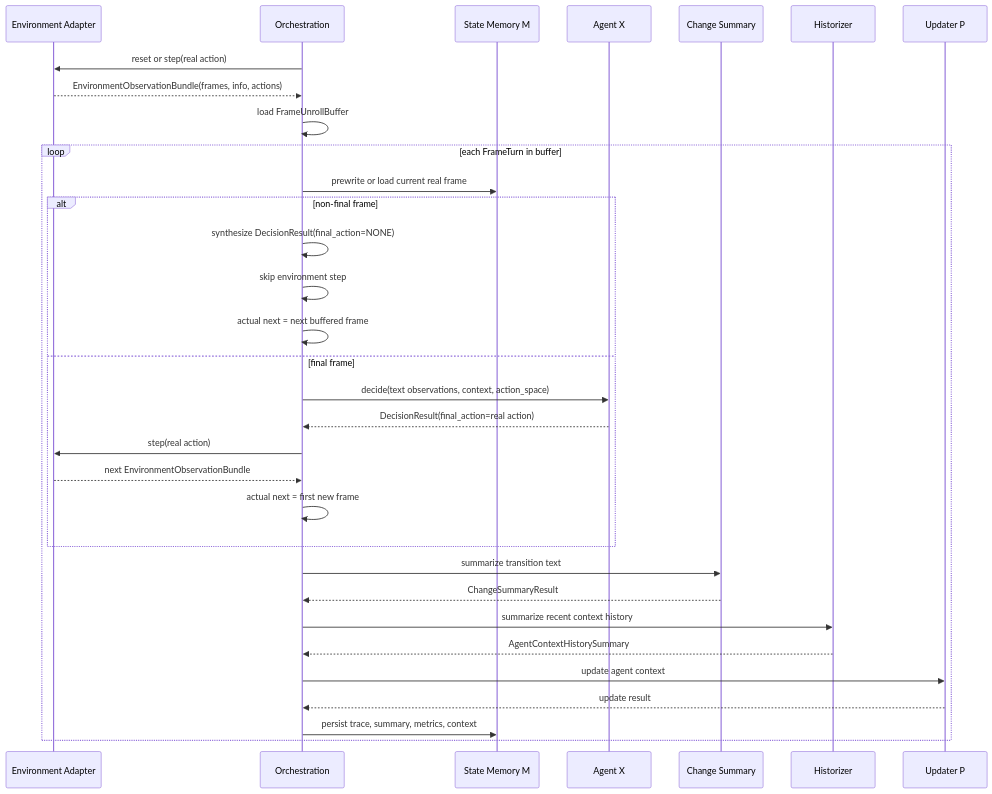
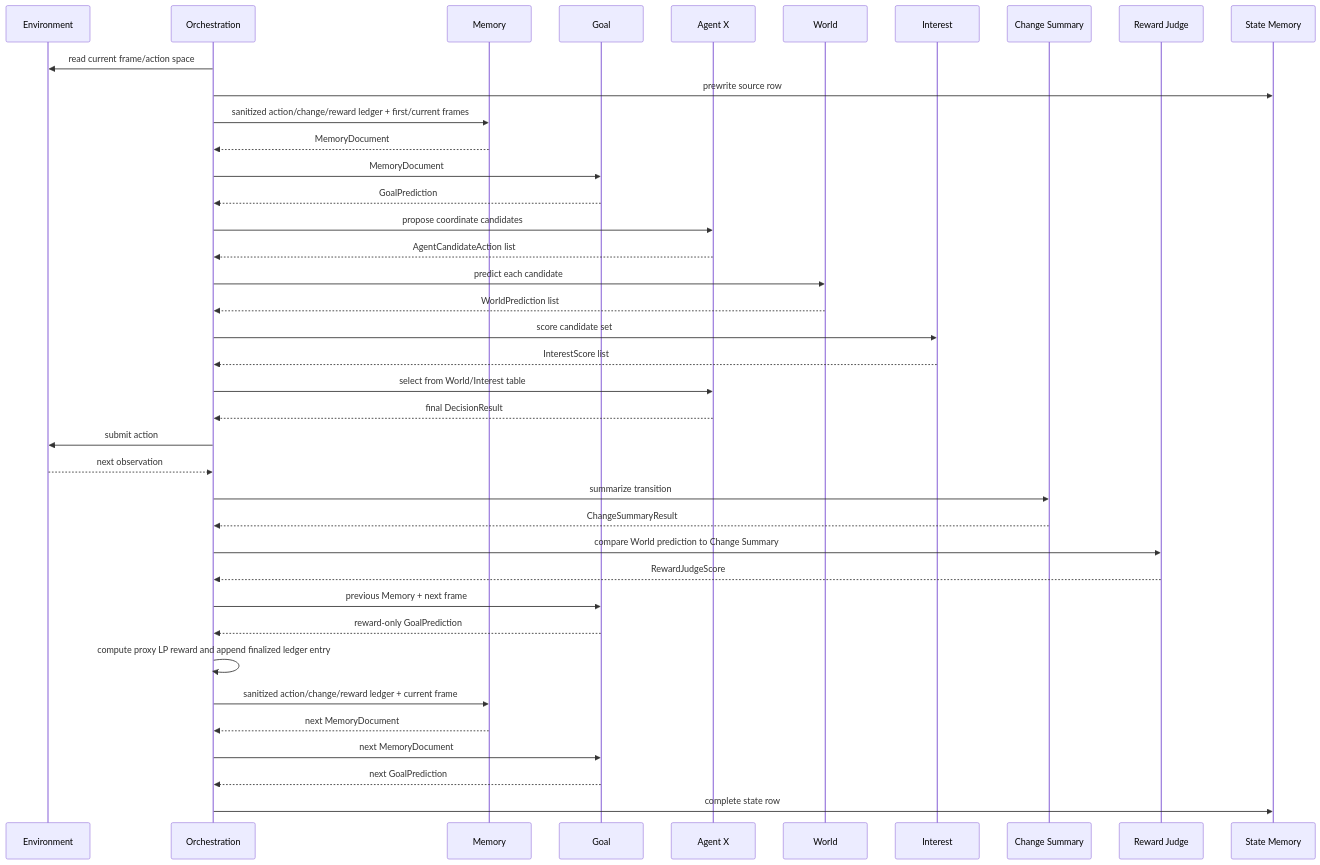
One commit to cocomette/artificial-agency changed the diagram in doc/architecture/software/orchestration/game_loop/diagrams.md. Above: the diagram before and after it, drawn with Mermaid. The commit also changed other lines of this file and 257 other files, not shown here.

Commit message:
Port origin/feat/world-goal-agent-nolora snapshot

````diff
--- a/doc/architecture/software/orchestration/game_loop/diagrams.md
+++ b/doc/architecture/software/orchestration/game_loop/diagrams.md
@@ -34,38 +3,42 @@
 ```mermaid
 sequenceDiagram
-    participant Env as Environment Adapter
+    participant Env as Environment
     participant Orch as Orchestration
-    participant M as State Memory M
+    participant MemRole as Memory
+    participant G as Goal
     participant X as Agent X
+    participant W as World
+    participant I as Interest
     participant C as Change Summary
-    participant H as Historizer
-    participant P as Updater P
+    participant J as Reward Judge
+    participant M as State Memory
 
-    Orch->>Env: reset or step(real action)
-    Env-->>Orch: EnvironmentObservationBundle(frames, info, actions)
-    Orch->>Orch: load FrameUnrollBuffer
-
-    loop each FrameTurn in buffer
-        Orch->>M: prewrite or load current real frame
-
-        alt non-final frame
-            Orch->>Orch: synthesize DecisionResult(final_action=NONE)
-            Orch->>Orch: skip environment step
-            Orch->>Orch: actual next = next buffered frame
-        else final frame
-            Orch->>X: decide(text observations, context, action_space)
-            X-->>Orch: DecisionResult(final_action=real action)
-            Orch->>Env: step(real action)
-            Env-->>Orch: next EnvironmentObservationBundle
-            Orch->>Orch: actual next = first new frame
-        end
-
-        Orch->>C: summarize transition text
-        C-->>Orch: ChangeSummaryResult
-        Orch->>H: summarize recent context history
-        H-->>Orch: AgentContextHistorySummary
-        Orch->>P: update agent context
-        P-->>Orch: update result
-        Orch->>M: persist trace, summary, metrics, context
-    end
+    Orch->>Env: read current frame/action space
+    Orch->>M: prewrite source row
+    Orch->>MemRole: sanitized action/change/reward ledger + first/current frames
+    MemRole-->>Orch: MemoryDocument
+    Orch->>G: MemoryDocument
+    G-->>Orch: GoalPrediction
+    Orch->>X: propose coordinate candidates
+    X-->>Orch: AgentCandidateAction list
+    Orch->>W: predict each candidate
+    W-->>Orch: WorldPrediction list
+    Orch->>I: score candidate set
+    I-->>Orch: InterestScore list
+    Orch->>X: select from World/Interest table
+    X-->>Orch: final DecisionResult
+    Orch->>Env: submit action
+    Env-->>Orch: next observation
+    Orch->>C: summarize transition
+    C-->>Orch: ChangeSummaryResult
+    Orch->>J: compare World prediction to Change Summary
+    J-->>Orch: RewardJudgeScore
+    Orch->>G: previous Memory + next frame
+    G-->>Orch: reward-only GoalPrediction
+    Orch->>Orch: compute proxy LP reward and append finalized ledger entry
+    Orch->>MemRole: sanitized action/change/reward ledger + current frame
+    MemRole-->>Orch: next MemoryDocument
+    Orch->>G: next MemoryDocument
+    G-->>Orch: next GoalPrediction
+    Orch->>M: complete state row
 ```
````
